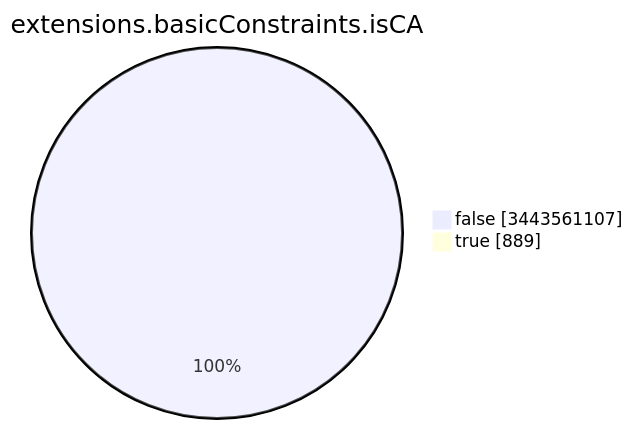
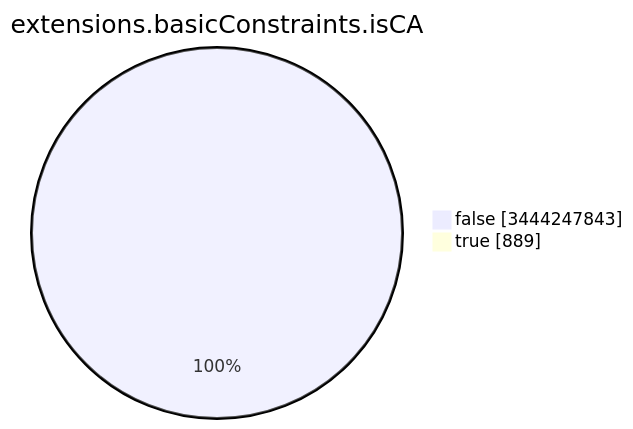
The seventh of 15 diagrams in TOTAL/README.md (christiankrug/ctmonitor_visualization), drawn with Mermaid before and after one commit. The commit also changed other lines of this file, not shown here.

````diff
--- a/TOTAL/README.md
+++ b/TOTAL/README.md
@@ -3092,6 +3092,6 @@
 ```mermaid
 pie showData
 title extensions.basicConstraints.isCA
-"false" :3443561107
+"false" :3444247843
 "true" :889
 ```
````
